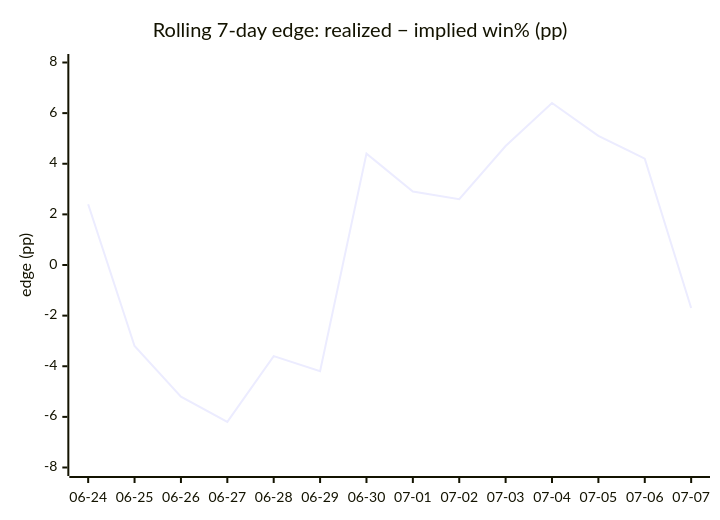
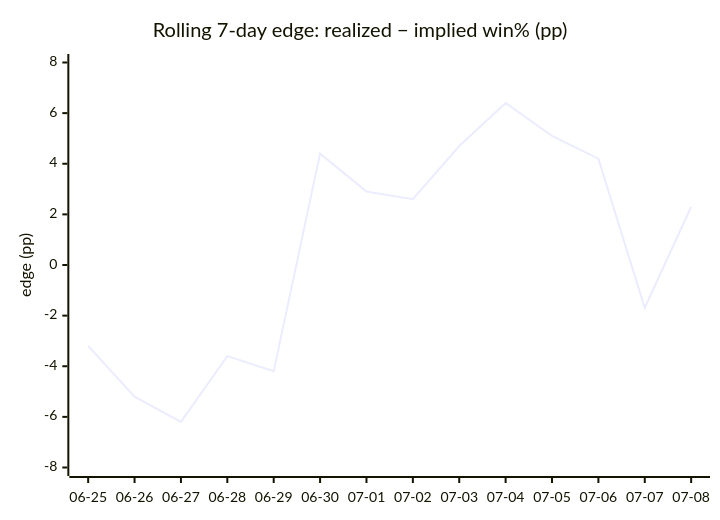
The fifth of 5 diagrams in DAILY_AGSU_REPORT.md (dpk1212/nhl-savant), drawn with Mermaid before and after one commit. The commit also changed other lines of this file, not shown here.

````diff
--- a/DAILY_AGSU_REPORT.md
+++ b/DAILY_AGSU_REPORT.md
@@ -551,7 +551,7 @@
 ```mermaid
 xychart-beta
     title "Rolling 7-day edge: realized − implied win% (pp)"
-    x-axis ["06-24", "06-25", "06-26", "06-27", "06-28", "06-29", "06-30", "07-01", "07-02", "07-03", "07-04", "07-05", "07-06", "07-07"]
+    x-axis ["06-25", "06-26", "06-27", "06-28", "06-29", "06-30", "07-01", "07-02", "07-03", "07-04", "07-05", "07-06", "07-07", "07-08"]
     y-axis "edge (pp)" -8 --> 8
-    line [2.4, -3.2, -5.2, -6.2, -3.6, -4.2, 4.4, 2.9, 2.6, 4.7, 6.4, 5.1, 4.2, -1.7]
+    line [-3.2, -5.2, -6.2, -3.6, -4.2, 4.4, 2.9, 2.6, 4.7, 6.4, 5.1, 4.2, -1.7, 2.3]
 ```
````
